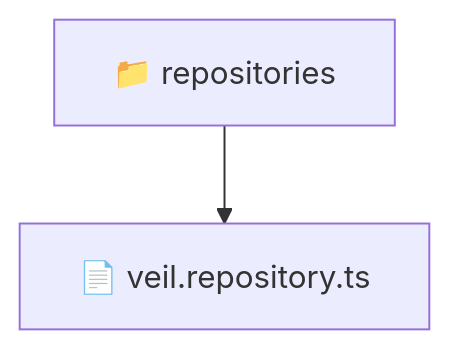
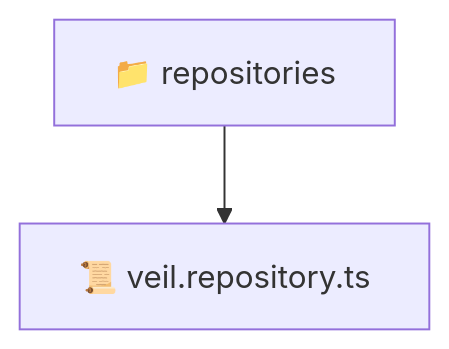
One commit to beginwebdev2002/fullstack-mavluda changed the diagram in backend/src/modules/veil/infrastructure/repositories/README.md. Above: the diagram before and after it, drawn with Mermaid. The commit also changed other lines of this file and 163 other files, not shown here.

````diff
--- a/backend/src/modules/veil/infrastructure/repositories/README.md
+++ b/backend/src/modules/veil/infrastructure/repositories/README.md
@@ -9,5 +9,5 @@
 ```mermaid
 graph TD
-  Root["📁 repositories"]
-  Root --> veil_repository_ts["📄 veil.repository.ts"]
+  repositories["📁 repositories"]
+  repositories --> veil_repository_ts["📜 veil.repository.ts"]
 ```
````
